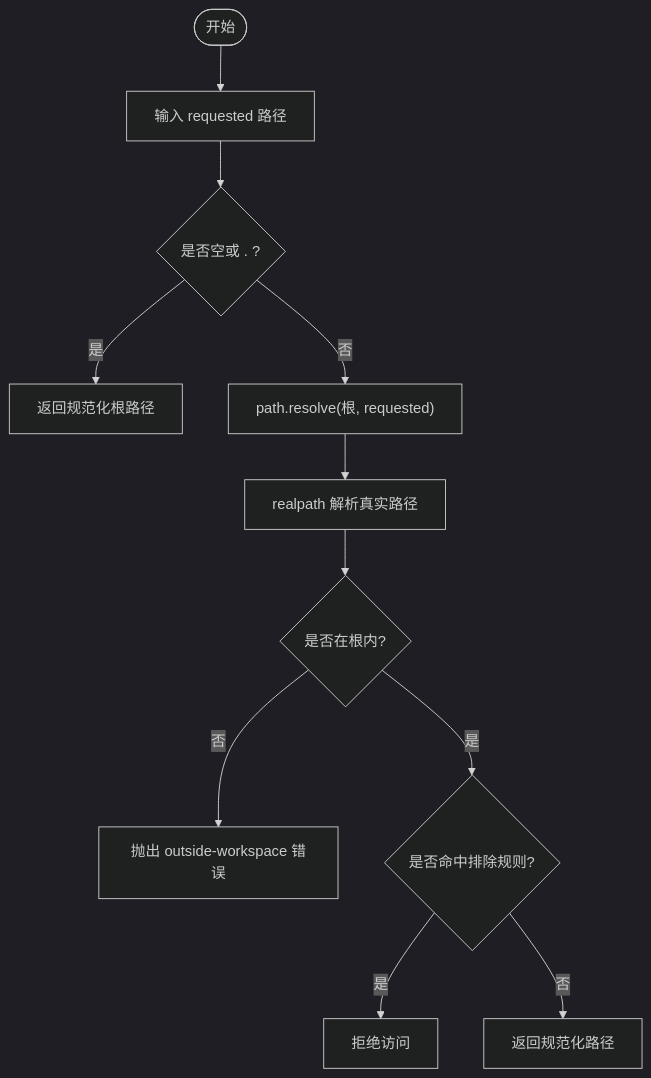
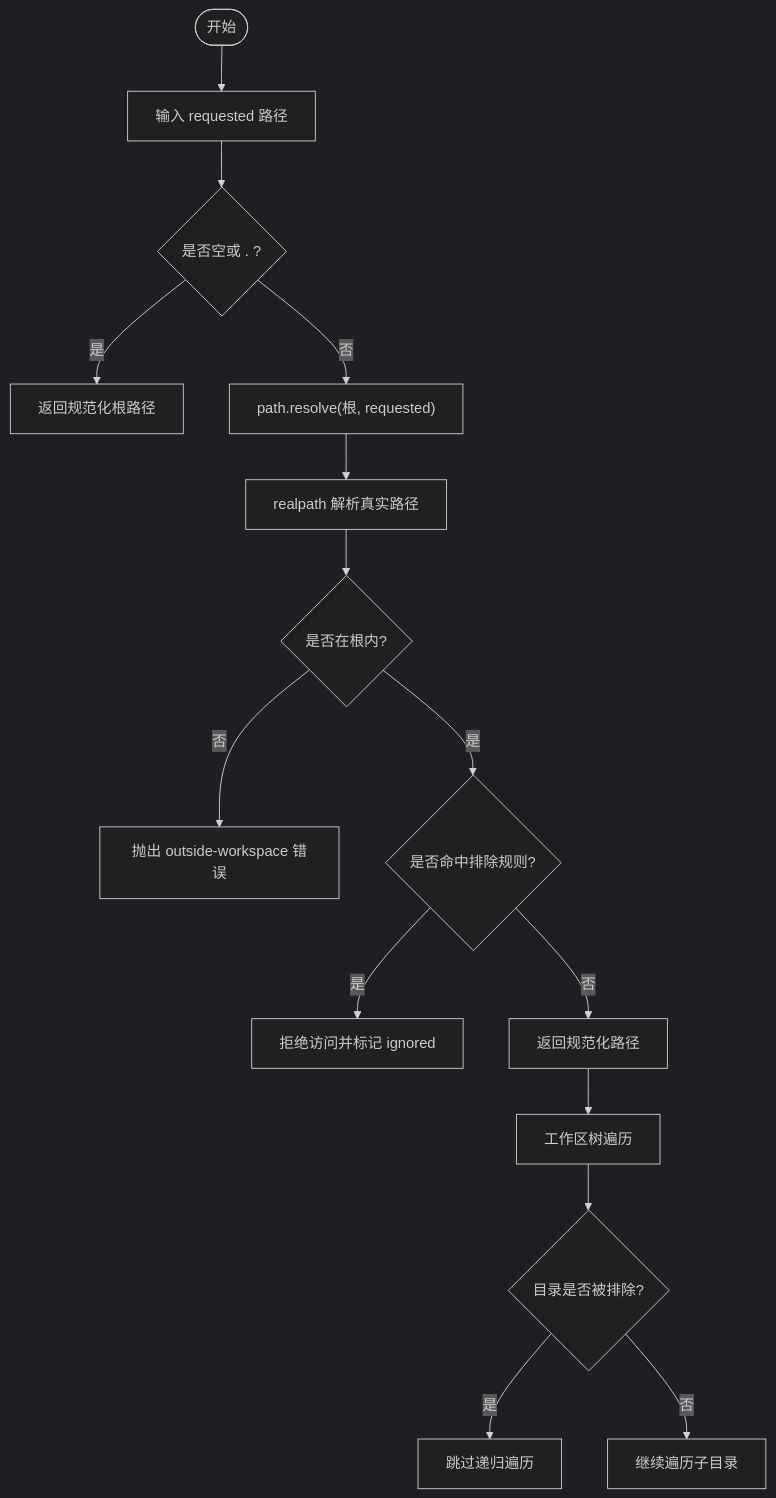
The third of 5 diagrams in .qoder/repowiki/zh/content/架构设计/安全模型/访问控制.md (dyx-9163/ai-aifar), drawn with Mermaid (dark theme) before and after one commit. The commit also changed other lines of this file and 28 other files, not shown here.

````diff
--- a/.qoder/repowiki/zh/content/架构设计/安全模型/访问控制.md
+++ b/.qoder/repowiki/zh/content/架构设计/安全模型/访问控制.md
@@ -146,13 +170,17 @@
 ```mermaid
 flowchart TD
 Start(["开始"]) --> A["输入 requested 路径"]
 A --> B{"是否空或 . ?"}
 B -- 是 --> R["返回规范化根路径"]
 B -- 否 --> C["path.resolve(根, requested)"]
 C --> D["realpath 解析真实路径"]
 D --> E{"是否在根内?"}
 E -- 否 --> X["抛出 outside-workspace 错误"]
 E -- 是 --> F{"是否命中排除规则?"}
-F -- 是 --> Y["拒绝访问"]
+F -- 是 --> Y["拒绝访问并标记 ignored"]
 F -- 否 --> Z["返回规范化路径"]
+Z --> G["工作区树遍历"]
+G --> H{"目录是否被排除?"}
+H -- 是 --> I["跳过递归遍历"]
+H -- 否 --> J["继续遍历子目录"]
 ```
````
